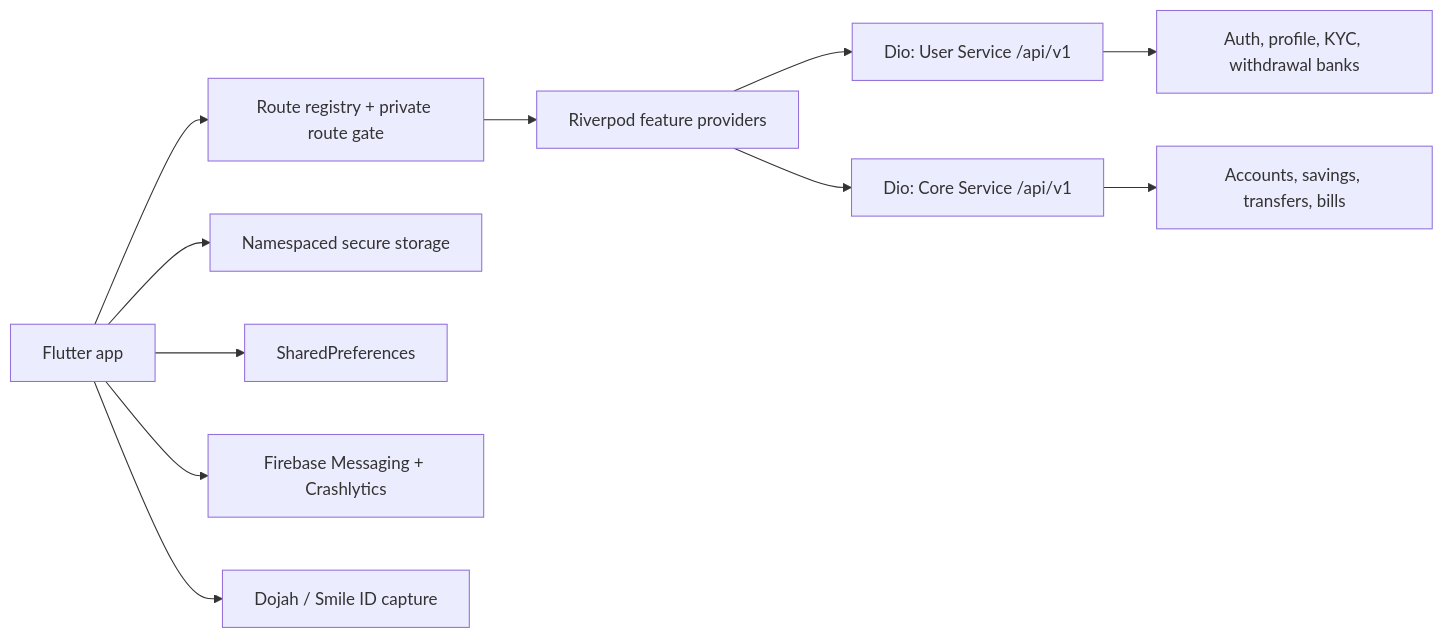
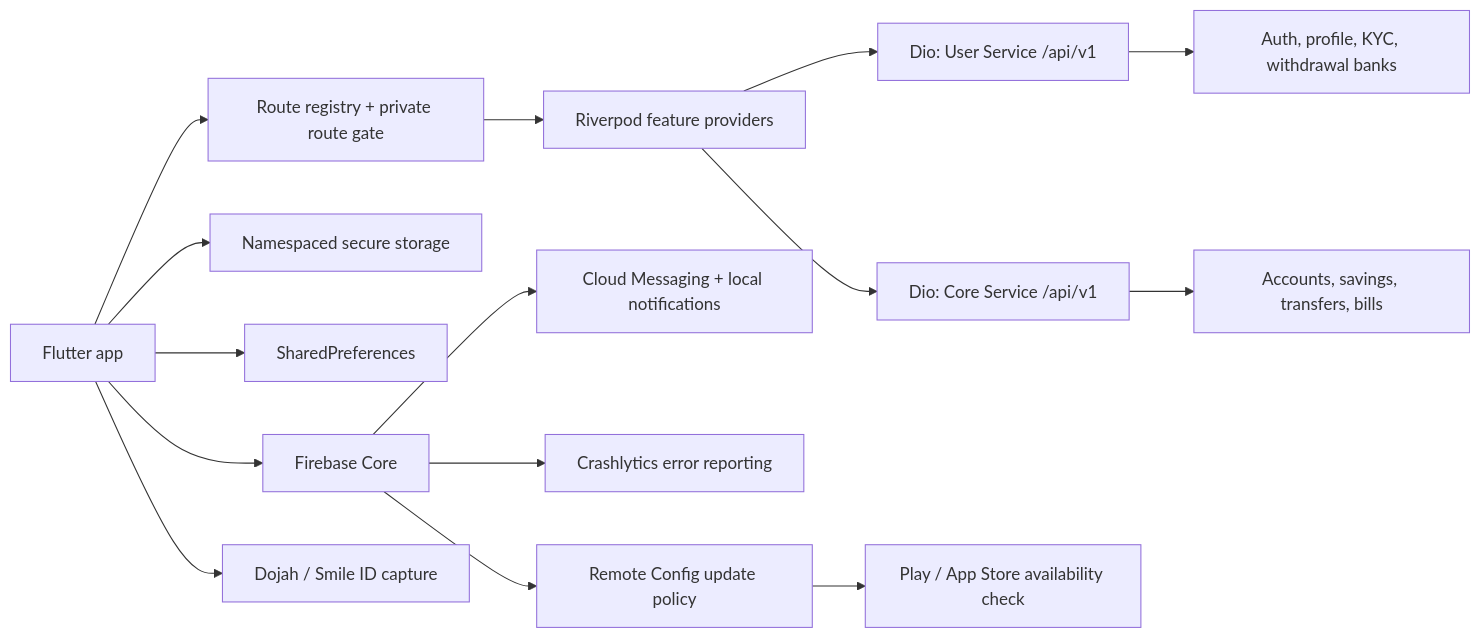
One commit to Boctrust-MFB/boctrust_cheetah_mobile changed the first of 3 diagrams in README.md. Above: the diagram before and after it, drawn with Mermaid. The commit also changed other lines of this file, not shown here.

````diff
--- a/README.md
+++ b/README.md
@@ -73,13 +77,17 @@
 ```mermaid
 flowchart LR
     Device[Flutter app] --> Router[Route registry + private route gate]
     Router --> State[Riverpod feature providers]
     State --> User[Dio: User Service /api/v1]
     State --> Core[Dio: Core Service /api/v1]
     User --> Auth[Auth, profile, KYC, withdrawal banks]
     Core --> Banking[Accounts, savings, transfers, bills]
     Device --> Secure[Namespaced secure storage]
     Device --> Prefs[SharedPreferences]
-    Device --> Firebase[Firebase Messaging + Crashlytics]
+    Device --> Firebase[Firebase Core]
     Device --> Identity[Dojah / Smile ID capture]
+    Firebase --> Messaging[Cloud Messaging + local notifications]
+    Firebase --> Crashlytics[Crashlytics error reporting]
+    Firebase --> Remote[Remote Config update policy]
+    Remote --> Stores[Play / App Store availability check]
 ```
````
